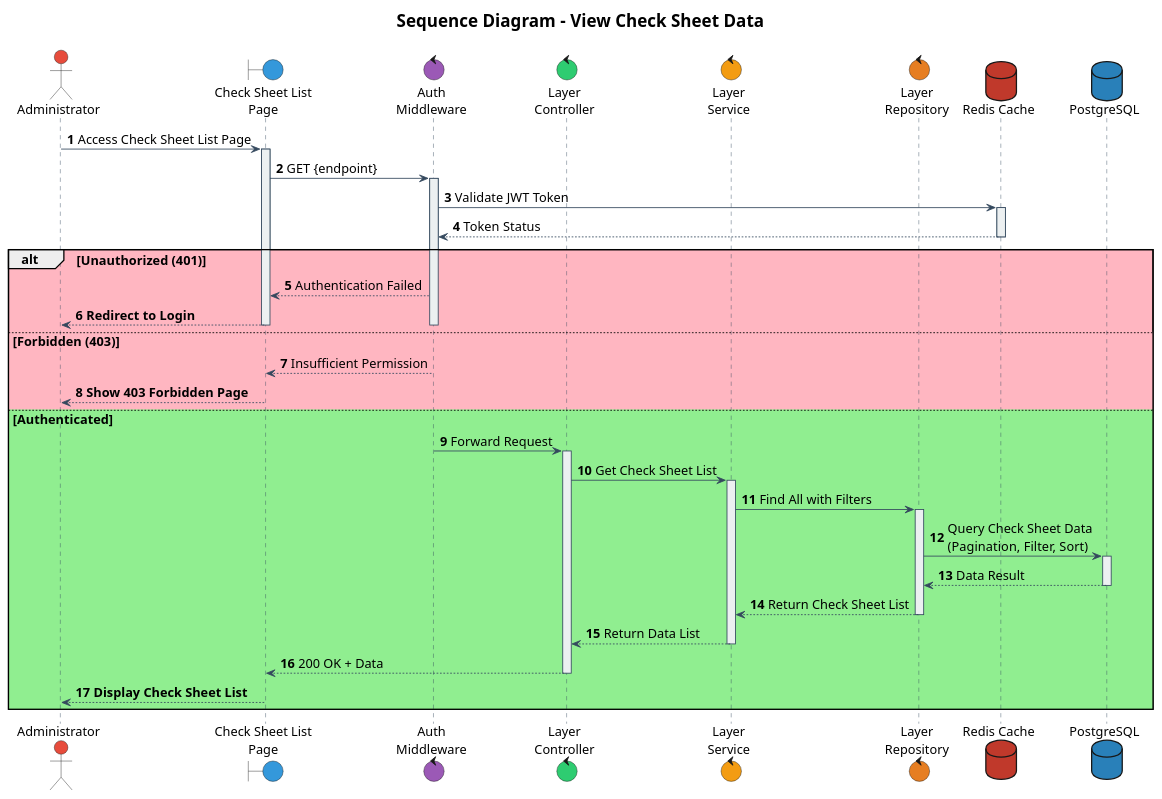
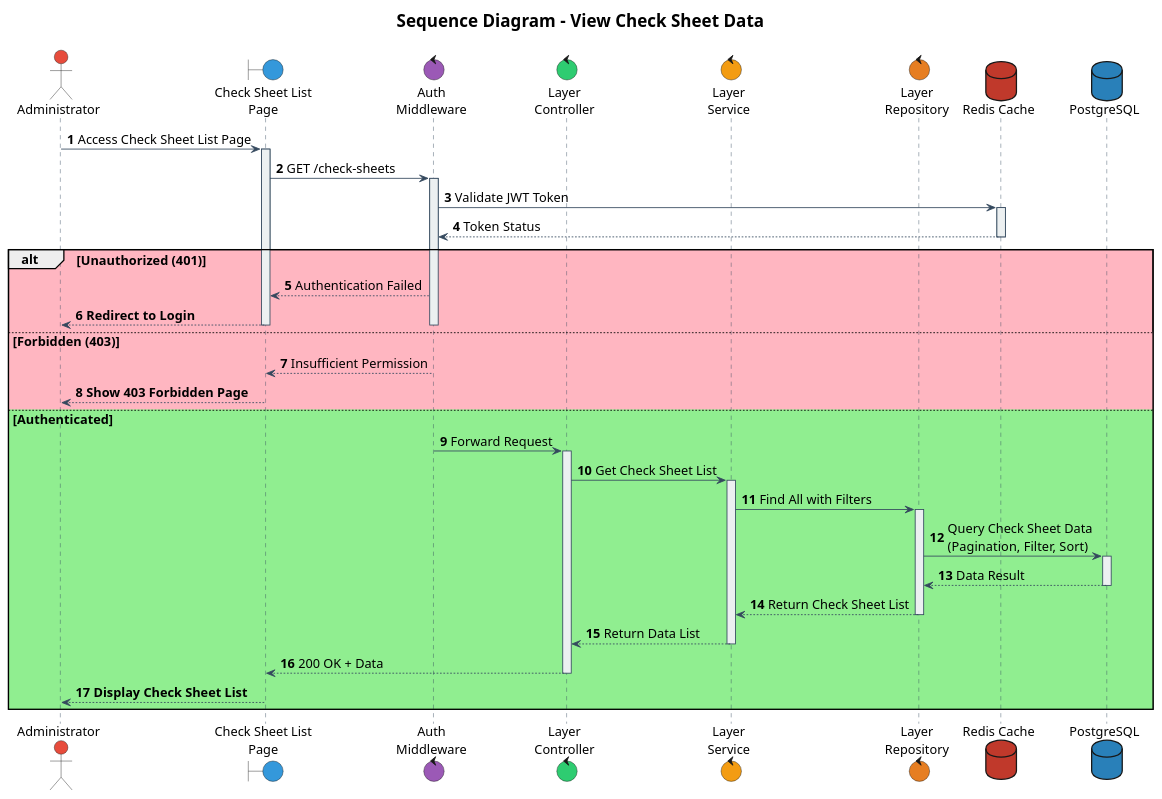
Before and after one commit to IntConnect/go-intconnect-api: the diagram in documentation/sequence/document/check-sheet/view.puml, drawn with PlantUML. The commit also changed 22 other files, not shown here.

Commit message:
feat(activity, sequence): Add some activity and sequence diagram

```diff
--- a/documentation/sequence/document/check-sheet/view.puml
+++ b/documentation/sequence/document/check-sheet/view.puml
@@ -1,103 +1,103 @@
 @startuml
 
 ' Font configuration
 skinparam defaultFontName Times New Roman
 skinparam defaultFontSize 15
 
 ' Participant styling
 skinparam participant {
     BackgroundColor #ECF0F1
     BorderColor #34495E
     FontColor Black
     FontName Times New Roman
     FontSize 15
 }
 
 skinparam sequence {
     ArrowColor #34495E
     LifeLineBorderColor #34495E
     LifeLineBackgroundColor #ECF0F1
     ArrowFontName Times New Roman
     ArrowFontSize 15
 }
 
 skinparam actorFontSize 15
 skinparam noteFontSize 15
 skinparam noteFontName "Times New Roman"
 
 ' Actors and components
 actor "Administrator" as admin #E74C3C
 boundary "Check Sheet List\nPage" as boundList #3498DB
 control "Auth\nMiddleware" as authMiddleware #9B59B6
 control "Layer\nController" as controller #2ECC71
 control "Layer\nService" as service #F39C12
 control "Layer\nRepository" as repository #E67E22
 database "Redis Cache" as dbRedis #C0392B
 database "PostgreSQL" as dbPsql #2980B9
 
 title
 <size:20><b>Sequence Diagram - View Check Sheet Data</b></size>
 ----
 end title
 
 autonumber
 
 
 ' === MAIN FLOW ===
 admin -> boundList: Access Check Sheet List Page
 activate boundList
 
-boundList -> authMiddleware: GET {endpoint}
+boundList -> authMiddleware: GET /check-sheets
 activate authMiddleware
 
 ' === AUTHENTICATION ===
 authMiddleware -> dbRedis: Validate JWT Token
 activate dbRedis
 dbRedis --> authMiddleware: Token Status
 deactivate dbRedis
 
 alt #LightPink Unauthorized (401)
     authMiddleware --> boundList: Authentication Failed
     boundList --> admin: **Redirect to Login**
     deactivate authMiddleware
     deactivate boundList
     
 else #LightPink Forbidden (403)
     authMiddleware --> boundList: Insufficient Permission
     boundList --> admin: **Show 403 Forbidden Page**
     deactivate authMiddleware
     deactivate boundList
     
 else #LightGreen Authenticated
 
     authMiddleware -> controller: Forward Request
     deactivate authMiddleware
     activate controller
 
     controller -> service: Get Check Sheet List
     activate service
 
     ' === FETCH DATA FROM DATABASE ===
     service -> repository: Find All with Filters
     activate repository
     
     repository -> dbPsql: Query Check Sheet Data\n(Pagination, Filter, Sort)
     activate dbPsql
     dbPsql --> repository: Data Result
     deactivate dbPsql
     
     repository --> service: Return Check Sheet List
     deactivate repository
 
     service --> controller: Return Data List
     deactivate service
 
     controller --> boundList: 200 OK + Data
     deactivate controller
 
     boundList --> admin: **Display Check Sheet List**
     deactivate boundList
 
 end
 
 @enduml
```
